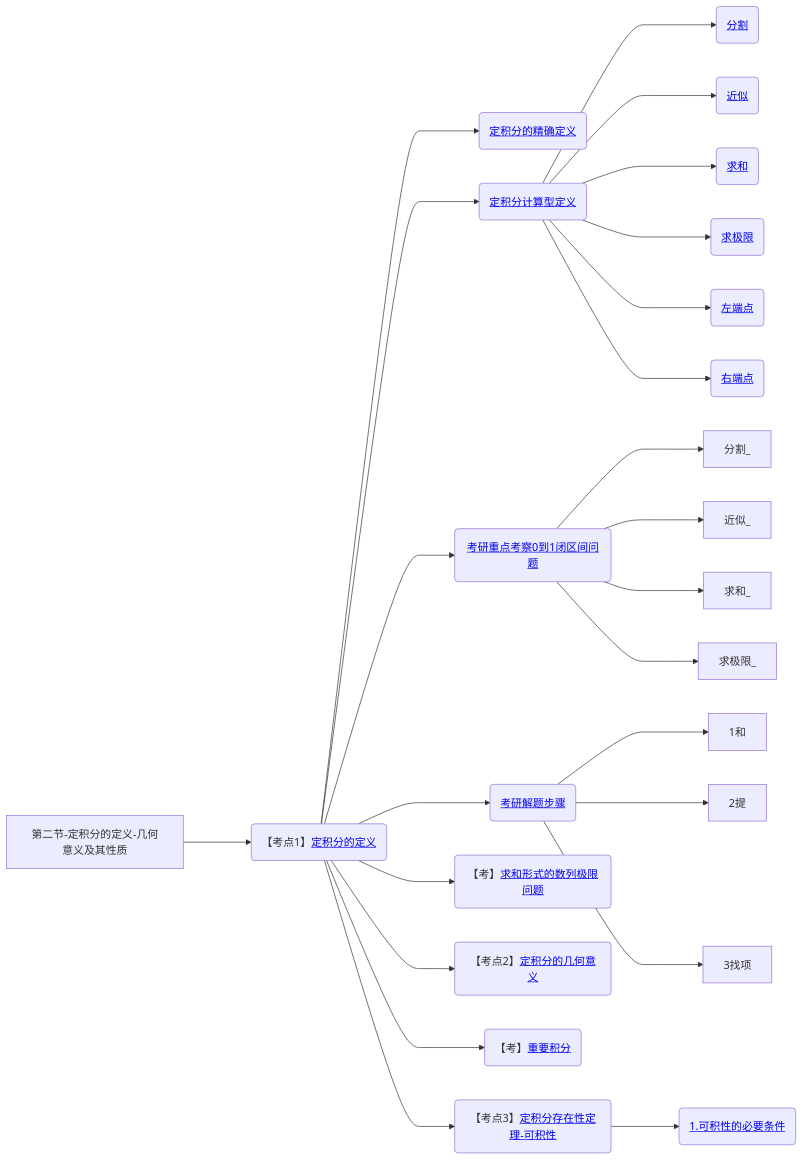
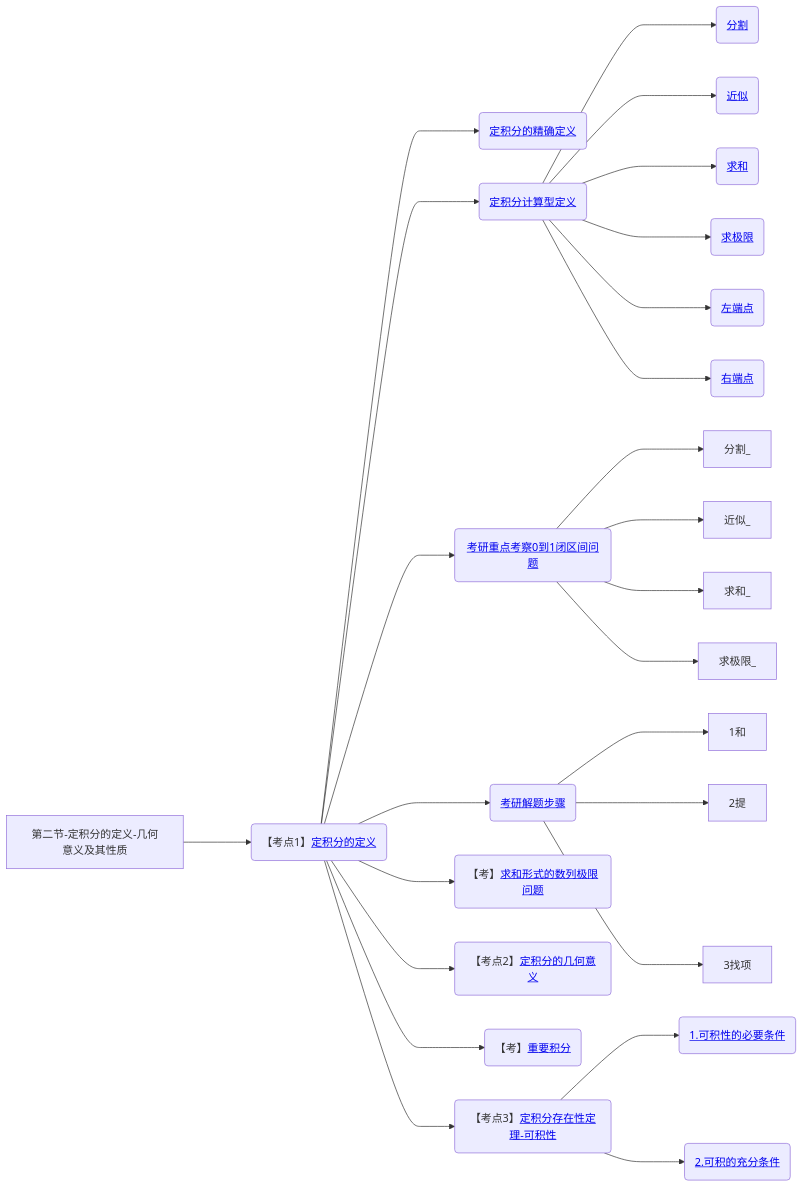
One commit to yuebinghui/note changed diagram 19 of 19 in 笔记/数学/周洋鑫/01.基础班思维导图.md. Above: the diagram before and after it, drawn with Mermaid. The commit also changed 8 other files, not shown here.

````diff
--- a/笔记/数学/周洋鑫/01.基础班思维导图.md
+++ b/笔记/数学/周洋鑫/01.基础班思维导图.md
@@ -694,37 +694,38 @@
 ```mermaid
 graph LR
 第二节-定积分的定义-几何意义及其性质
 
 第二节-定积分的定义-几何意义及其性质--->定积分的定义(【考点1】<a href="/Users/yuebinghui/Documents/program/github/note/笔记/数学/周洋鑫/基础班/21.定积分的定义_1.md#定积分的定义">定积分的定义</>)
 
 定积分的定义--->定积分的精确定义(<a href="/Users/yuebinghui/Documents/program/github/note/笔记/数学/周洋鑫/基础班/21.定积分的定义_1.md#定积分的精确定义">定积分的精确定义</>)
 定积分的精确定义
 定积分的定义--->定积分计算型定义(<a href="/Users/yuebinghui/Documents/program/github/note/笔记/数学/周洋鑫/基础班/21.定积分的定义_1.md#定积分计算型定义">定积分计算型定义</>)
 定积分计算型定义--->分割(<a href="/Users/yuebinghui/Documents/program/github/note/笔记/数学/周洋鑫/基础班/21.定积分的定义_1.md#分割">分割</>)
 定积分计算型定义--->近似(<a href="/Users/yuebinghui/Documents/program/github/note/笔记/数学/周洋鑫/基础班/21.定积分的定义_1.md#近似">近似</>)
 定积分计算型定义--->求和(<a href="/Users/yuebinghui/Documents/program/github/note/笔记/数学/周洋鑫/基础班/21.定积分的定义_1.md#求和">求和</>)
 定积分计算型定义--->求极限(<a href="/Users/yuebinghui/Documents/program/github/note/笔记/数学/周洋鑫/基础班/21.定积分的定义_1.md#求极限">求极限</>)
 定积分计算型定义--->左端点(<a href="/Users/yuebinghui/Documents/program/github/note/笔记/数学/周洋鑫/基础班/21.定积分的定义_1.md#左端点">左端点</>)
 定积分计算型定义--->右端点(<a href="/Users/yuebinghui/Documents/program/github/note/笔记/数学/周洋鑫/基础班/21.定积分的定义_1.md#右端点">右端点</>)
 
 定积分的定义--->考研重点考察0到1闭区间问题(<a href="/Users/yuebinghui/Documents/program/github/note/笔记/数学/周洋鑫/基础班/21.定积分的定义_1.md#考研重点考察0到1闭区间问题">考研重点考察0到1闭区间问题</>)
 考研重点考察0到1闭区间问题--->分割_
 考研重点考察0到1闭区间问题--->近似_
 考研重点考察0到1闭区间问题--->求和_
 考研重点考察0到1闭区间问题--->求极限_
 
 定积分的定义--->考研解题步骤(<a href="/Users/yuebinghui/Documents/program/github/note/笔记/数学/周洋鑫/基础班/21.定积分的定义_1.md#考研解题步骤">考研解题步骤</>)
 考研解题步骤--->1和
 考研解题步骤--->2提
 考研解题步骤--->3找项
 
 定积分的定义--->求和形式的数列极限问题(【考】<a href="/Users/yuebinghui/Documents/program/github/note/笔记/数学/周洋鑫/基础班/21.定积分的定义_1.md#求和形式的数列极限问题">求和形式的数列极限问题</>)
 
 定积分的定义--->定积分的几何意义(【考点2】<a href="/Users/yuebinghui/Documents/program/github/note/笔记/数学/周洋鑫/基础班/21.定积分的定义_1.md#定积分的几何意义">定积分的几何意义</>)
 定积分的定义--->重要积分(【考】<a href="/Users/yuebinghui/Documents/program/github/note/笔记/数学/周洋鑫/基础班/21.定积分的定义_1.md#重要积分">重要积分</>)
 
 定积分的定义--->定积分存在性定理-可积性(【考点3】<a href="/Users/yuebinghui/Documents/program/github/note/笔记/数学/周洋鑫/基础班/21.定积分的定义_1.md#定积分存在性定理-可积性">定积分存在性定理-可积性</>)
 定积分存在性定理-可积性--->1.可积性的必要条件(<a href="/Users/yuebinghui/Documents/program/github/note/笔记/数学/周洋鑫/基础班/21.定积分的定义_1.md#1.可积性的必要条件">1.可积性的必要条件</>)
+定积分存在性定理-可积性--->2.可积的充分条件(<a href="/Users/yuebinghui/Documents/program/github/note/笔记/数学/周洋鑫/基础班/21.定积分的定义_1.md#2.可积的充分条件">2.可积的充分条件</>)
 
 
 ```
````
